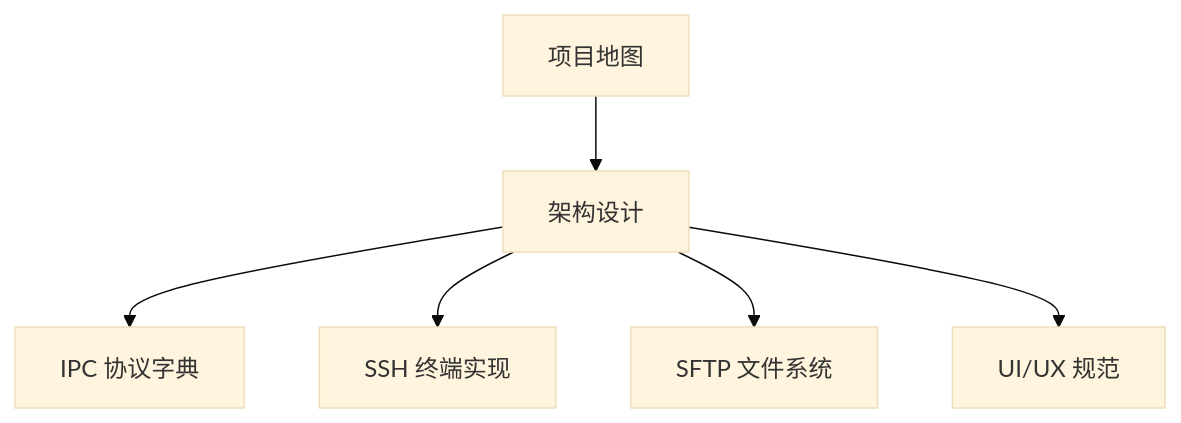
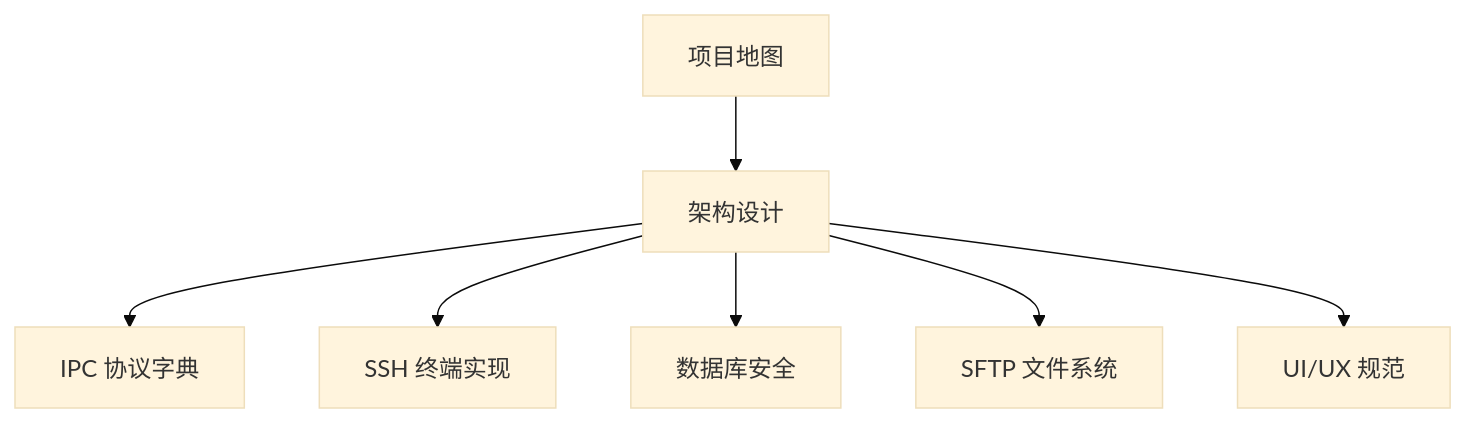
The diagram in docs/zh-CN/developer/index.md (agoudbg/Cosmosh), drawn with Mermaid (base theme) before and after one commit. The commit also changed other lines of this file and 5 other files, not shown here.

````diff
--- a/docs/zh-CN/developer/index.md
+++ b/docs/zh-CN/developer/index.md
@@ -7,8 +7,9 @@
 ```mermaid
 flowchart TD
   A[项目地图] --> B[架构设计]
   B --> C[IPC 协议字典]
   B --> D[SSH 终端实现]
+  B --> G[数据库安全]
   B --> E[SFTP 文件系统]
   B --> F[UI/UX 规范]
 ```
````
